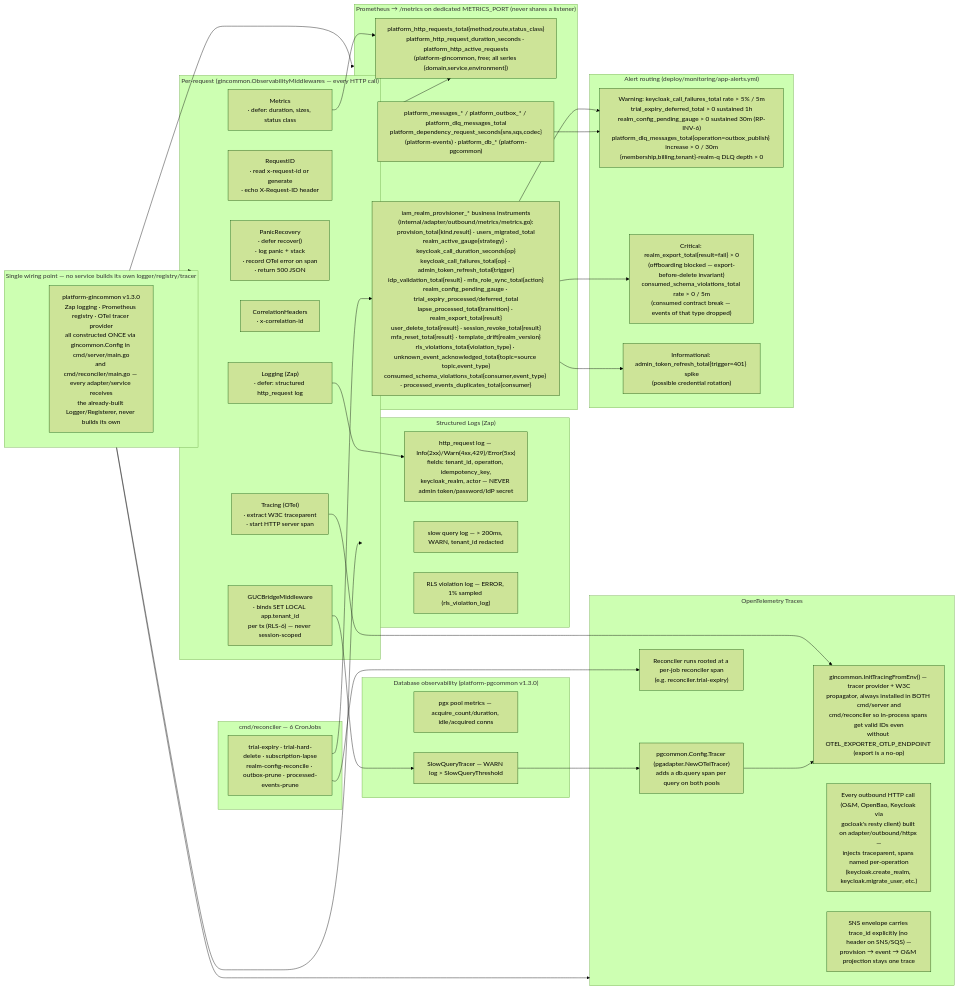
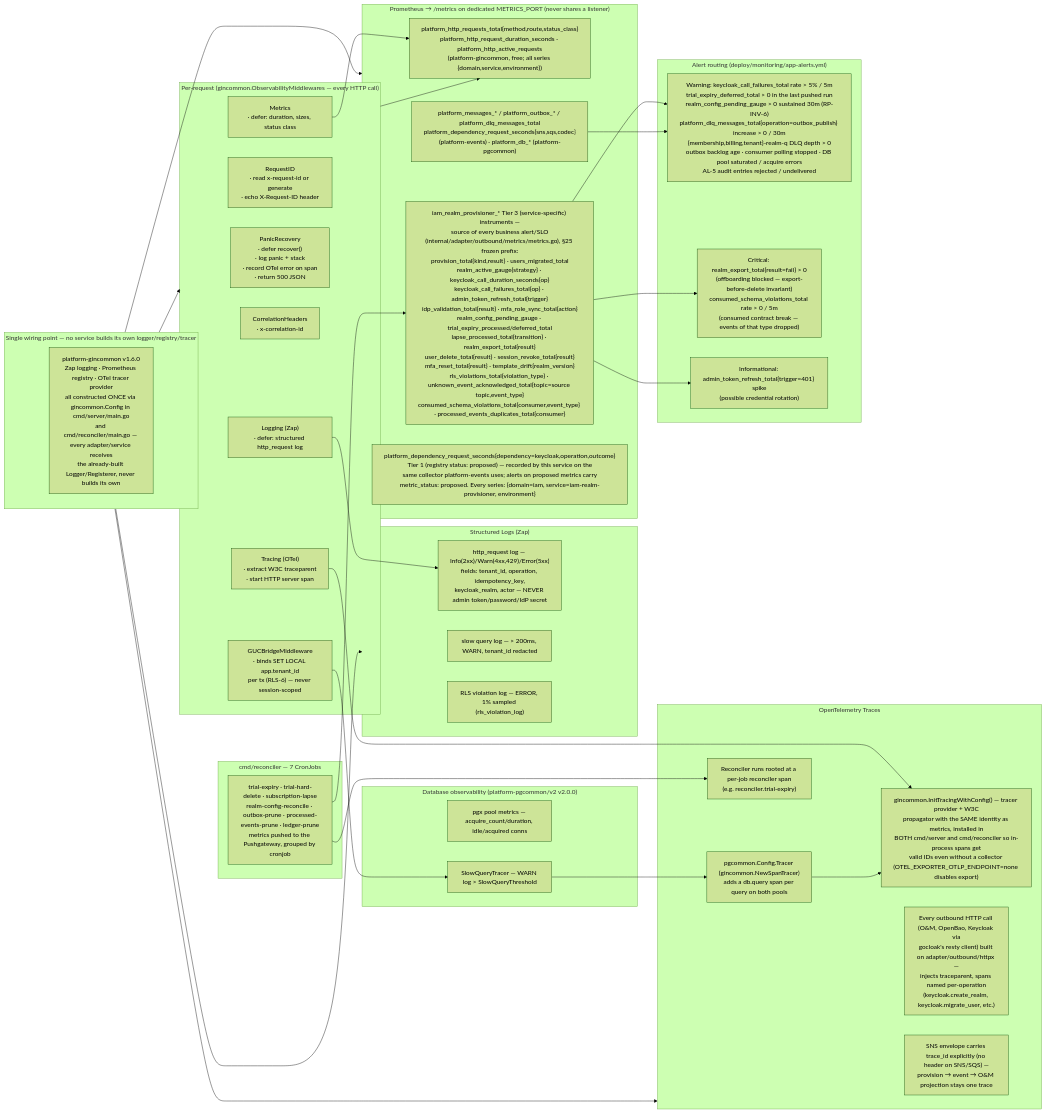
One commit to BCBP-SOLUTIONS-FZC-LLC/iam-realm-provisioner changed the diagram in docs/architecture/mermaid/observability-stack.mmd. Above: the diagram before and after it, drawn with Mermaid (forest theme). The commit also changed 125 other files, not shown here.

```diff
--- a/docs/architecture/mermaid/observability-stack.mmd
+++ b/docs/architecture/mermaid/observability-stack.mmd
@@ -1,67 +1,71 @@
 graph LR
     subgraph request["Per-request (gincommon.ObservabilityMiddlewares — every HTTP call)"]
         panic["PanicRecovery\n· defer recover()\n· log panic + stack\n· record OTel error on span\n· return 500 JSON"]
         reqid["RequestID\n· read x-request-id or generate\n· echo X-Request-ID header"]
         trace["Tracing (OTel)\n· extract W3C traceparent\n· start HTTP server span"]
         corr["CorrelationHeaders\n· x-correlation-id"]
         metricsmw["Metrics\n· defer: duration, sizes, status class"]
         logging["Logging (Zap)\n· defer: structured http_request log"]
         guc["GUCBridgeMiddleware\n· binds SET LOCAL app.tenant_id\nper tx (RLS-6) — never session-scoped"]
     end
 
     subgraph gincommon_only["Single wiring point — no service builds its own logger/registry/tracer"]
-        gc1["platform-gincommon v1.3.0\nZap logging · Prometheus registry · OTel tracer provider\nall constructed ONCE via gincommon.Config in cmd/server/main.go\nand cmd/reconciler/main.go — every adapter/service receives\nthe already-built Logger/Registerer, never builds its own"]
+        gc1["platform-gincommon v1.6.0\nZap logging · Prometheus registry · OTel tracer provider\nall constructed ONCE via gincommon.Config in cmd/server/main.go\nand cmd/reconciler/main.go — every adapter/service receives\nthe already-built Logger/Registerer, never builds its own"]
     end
 
     subgraph prom["Prometheus  →  /metrics on dedicated METRICS_PORT (never shares a listener)"]
         p1["platform_http_requests_total{method,route,status_class}\nplatform_http_request_duration_seconds · platform_http_active_requests\n(platform-gincommon, free; all series {domain,service,environment})"]
         p2["platform_messages_* / platform_outbox_* / platform_dlq_messages_total\nplatform_dependency_request_seconds{sns,sqs,codec}\n(platform-events) · platform_db_* (platform-pgcommon)"]
-        p3["iam_realm_provisioner_* business instruments\n(internal/adapter/outbound/metrics/metrics.go):\nprovision_total{kind,result} · users_migrated_total\nrealm_active_gauge{strategy} · keycloak_call_duration_seconds{op}\nkeycloak_call_failures_total{op} · admin_token_refresh_total{trigger}\nidp_validation_total{result} · mfa_role_sync_total{action}\nrealm_config_pending_gauge · trial_expiry_processed/deferred_total\nlapse_processed_total{transition} · realm_export_total{result}\nuser_delete_total{result} · session_revoke_total{result}\nmfa_reset_total{result} · template_drift{realm_version}\nrls_violations_total{violation_type} · unknown_event_acknowledged_total{topic=source topic,event_type}\nconsumed_schema_violations_total{consumer,event_type} · processed_events_duplicates_total{consumer}"]
+        p3["iam_realm_provisioner_* Tier 3 (service-specific) instruments —\nsource of every business alert/SLO\n(internal/adapter/outbound/metrics/metrics.go), §25 frozen prefix:\nprovision_total{kind,result} · users_migrated_total\nrealm_active_gauge{strategy} · keycloak_call_duration_seconds{op}\nkeycloak_call_failures_total{op} · admin_token_refresh_total{trigger}\nidp_validation_total{result} · mfa_role_sync_total{action}\nrealm_config_pending_gauge · trial_expiry_processed/deferred_total\nlapse_processed_total{transition} · realm_export_total{result}\nuser_delete_total{result} · session_revoke_total{result}\nmfa_reset_total{result} · template_drift{realm_version}\nrls_violations_total{violation_type} · unknown_event_acknowledged_total{topic=source topic,event_type}\nconsumed_schema_violations_total{consumer,event_type} · processed_events_duplicates_total{consumer}"]
+        p4["platform_dependency_request_seconds{dependency=keycloak,operation,outcome}
+Tier 1 (registry status: proposed) — recorded by this service on the
+same collector platform-events uses; alerts on proposed metrics carry
+metric_status: proposed. Every series: {domain=iam, service=iam-realm-provisioner, environment}"]
     end
 
     subgraph otel["OpenTelemetry Traces"]
-        ot1["gincommon.InitTracingFromEnv() — tracer provider + W3C\npropagator, always installed in BOTH cmd/server and\ncmd/reconciler so in-process spans get valid IDs even\nwithout OTEL_EXPORTER_OTLP_ENDPOINT (export is a no-op)"]
-        ot2["pgcommon.Config.Tracer (pgadapter.NewOTelTracer)\nadds a db.query span per query on both pools"]
+        ot1["gincommon.InitTracingWithConfig() — tracer provider + W3C\npropagator with the SAME identity as metrics, installed in\nBOTH cmd/server and cmd/reconciler so in-process spans get\nvalid IDs even without a collector (OTEL_EXPORTER_OTLP_ENDPOINT=none disables export)"]
+        ot2["pgcommon.Config.Tracer (gincommon.NewSpanTracer)\nadds a db.query span per query on both pools"]
         ot3["Every outbound HTTP call (O&M, OpenBao, Keycloak via\ngocloak's resty client) built on adapter/outbound/httpx —\ninjects traceparent, spans named per-operation\n(keycloak.create_realm, keycloak.migrate_user, etc.)"]
         ot4["SNS envelope carries trace_id explicitly (no header on SNS/SQS) —\nprovision → event → O&M projection stays one trace"]
         ot5["Reconciler runs rooted at a per-job reconciler span\n(e.g. reconciler.trial-expiry)"]
     end
 
     subgraph logs["Structured Logs (Zap)"]
         l1["http_request log — Info(2xx)/Warn(4xx,429)/Error(5xx)\nfields: tenant_id, operation, idempotency_key,\nkeycloak_realm, actor — NEVER admin token/password/IdP secret"]
         l2["slow query log — > 200ms, WARN, tenant_id redacted"]
         l3["RLS violation log — ERROR, 1% sampled (rls_violation_log)"]
     end
 
-    subgraph db_obs["Database observability (platform-pgcommon v1.3.0)"]
+    subgraph db_obs["Database observability (platform-pgcommon/v2 v2.0.0)"]
         db1["pgx pool metrics — acquire_count/duration, idle/acquired conns"]
         db2["SlowQueryTracer — WARN log > SlowQueryThreshold"]
     end
 
-    subgraph cron["cmd/reconciler — 6 CronJobs"]
-        c1["trial-expiry · trial-hard-delete · subscription-lapse\nrealm-config-reconcile · outbox-prune · processed-events-prune"]
+    subgraph cron["cmd/reconciler — 7 CronJobs"]
+        c1["trial-expiry · trial-hard-delete · subscription-lapse\nrealm-config-reconcile · outbox-prune · processed-events-prune · ledger-prune\nmetrics pushed to the Pushgateway, grouped by cronjob"]
     end
 
     subgraph alerts["Alert routing (deploy/monitoring/app-alerts.yml)"]
-        a1["Warning: keycloak_call_failures_total rate > 5% / 5m\ntrial_expiry_deferred_total > 0 sustained 1h\nrealm_config_pending_gauge > 0 sustained 30m (RP-INV-6)\nplatform_dlq_messages_total{operation=outbox_publish} increase > 0 / 30m\n{membership,billing,tenant}-realm-q DLQ depth > 0"]
+        a1["Warning: keycloak_call_failures_total rate > 5% / 5m\ntrial_expiry_deferred_total > 0 in the last pushed run\nrealm_config_pending_gauge > 0 sustained 30m (RP-INV-6)\nplatform_dlq_messages_total{operation=outbox_publish} increase > 0 / 30m\n{membership,billing,tenant}-realm-q DLQ depth > 0\noutbox backlog age · consumer polling stopped · DB pool saturated / acquire errors\nAL-5 audit entries rejected / undelivered"]
         a2["Critical: realm_export_total{result=fail} > 0\n(offboarding blocked — export-before-delete invariant)\nconsumed_schema_violations_total rate > 0 / 5m\n(consumed contract break — events of that type dropped)"]
         a3["Informational: admin_token_refresh_total{trigger=401} spike\n(possible credential rotation)"]
     end
 
     gincommon_only --> request
     gincommon_only --> prom
     gincommon_only --> logs
     gincommon_only --> otel
     request --> p1
     metricsmw --> p1
     trace --> ot1
     logging --> l1
     guc --> db2
     db2 --> ot2
     ot2 --> ot1
     c1 --> p3
     c1 --> ot5
     p3 --> a1
     p3 --> a2
     p3 --> a3
     p2 --> a1
```
